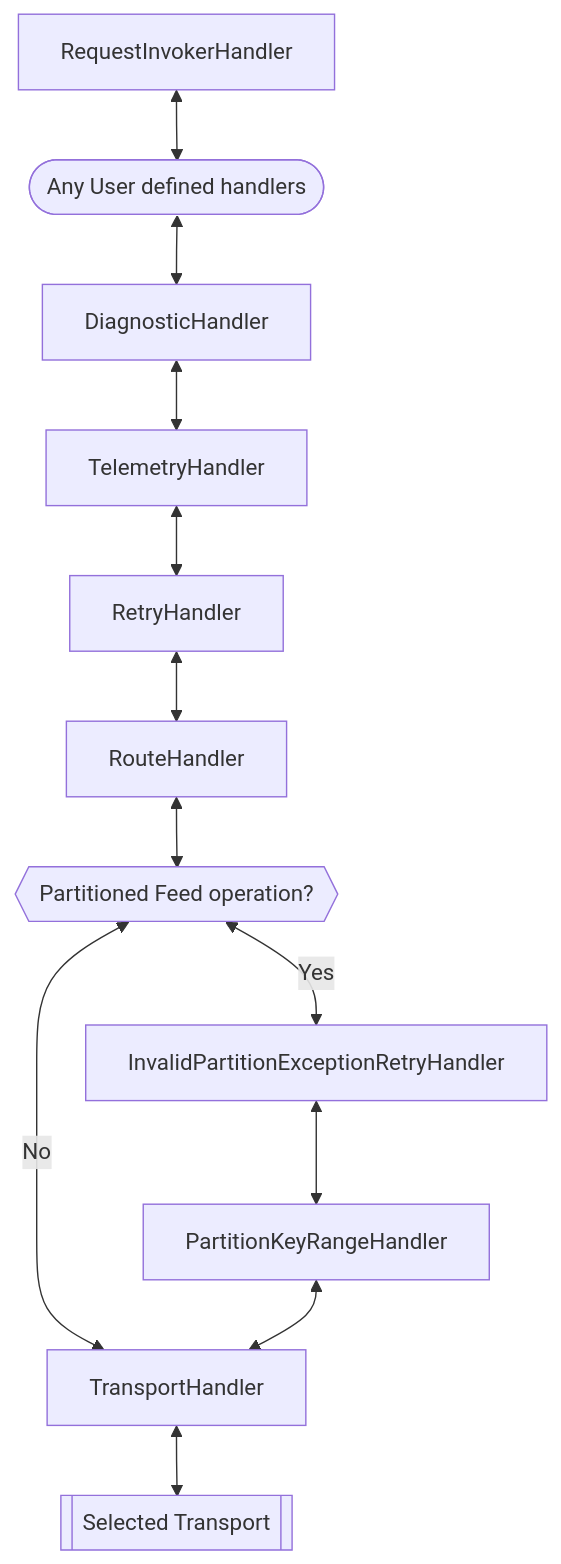
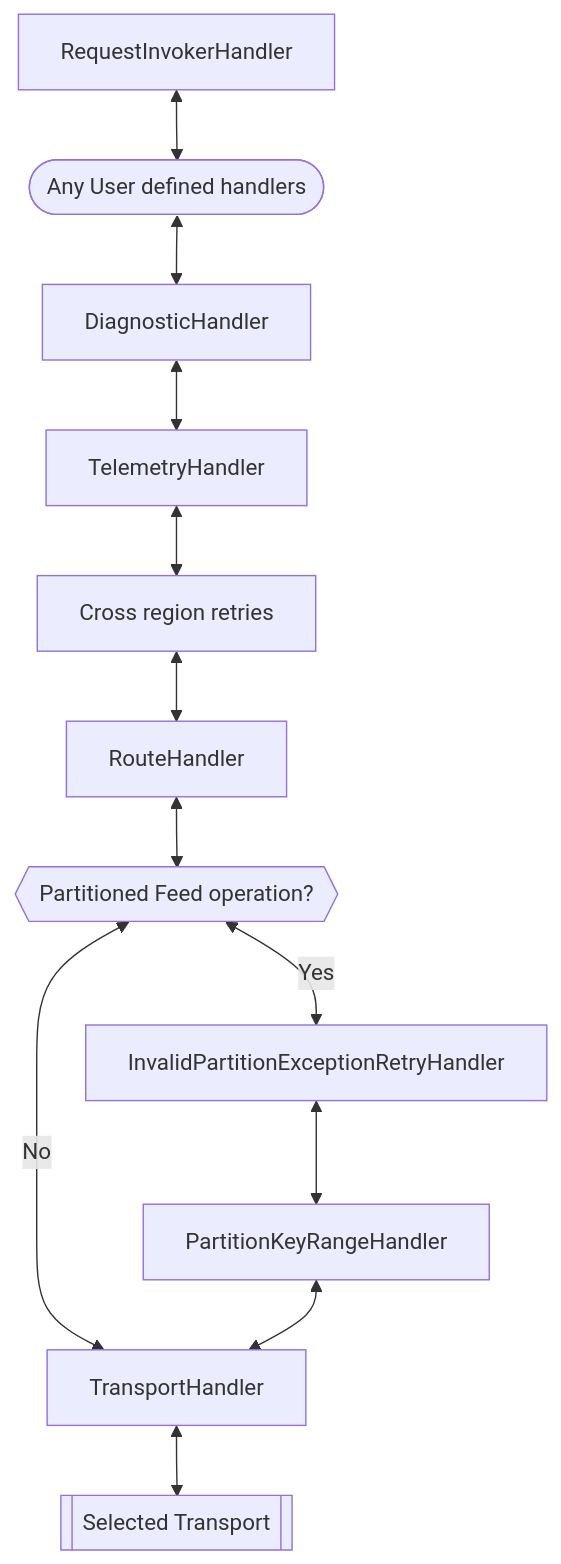
One commit to Azure/azure-cosmos-dotnet-v3 changed the second of 6 diagrams in docs/SdkDesign.md. Above: the diagram before and after it, drawn with Mermaid. The commit also changed other lines of this file, not shown here.

Commit message:
Completing charts

````diff
--- a/docs/SdkDesign.md
+++ b/docs/SdkDesign.md
@@ -26,14 +26,14 @@
 ```mermaid
 flowchart
     RequestInvokerHandler <--> UserHandlers([Any User defined handlers])
     UserHandlers <--> DiagnosticHandler
     DiagnosticHandler <--> TelemetryHandler
-    TelemetryHandler <--> RetryHandler
+    TelemetryHandler <--> RetryHandler[Cross region retries]
     RetryHandler <--> RouteHandler
     RouteHandler <--> IsPartitionedFeedOperation{{Partitioned Feed operation?}}
     IsPartitionedFeedOperation <-- No --> TransportHandler
     IsPartitionedFeedOperation <-- Yes --> InvalidPartitionExceptionRetryHandler
     InvalidPartitionExceptionRetryHandler <--> PartitionKeyRangeHandler
     PartitionKeyRangeHandler <--> TransportHandler
     TransportHandler <--> TransportClient[[Selected Transport]]
 ```
````
